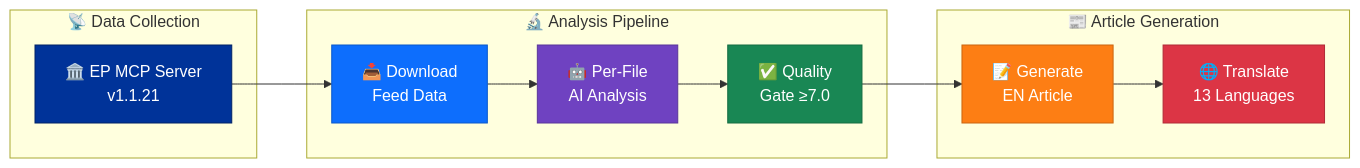
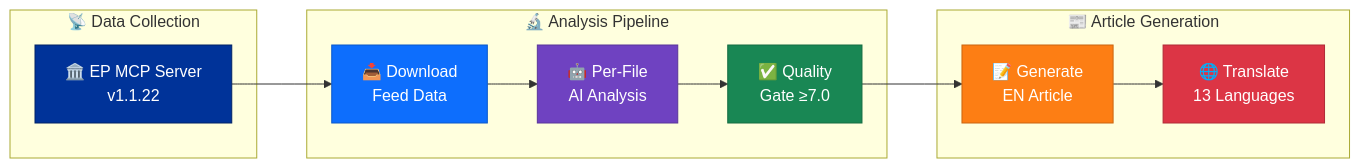
One commit to Hack23/euparliamentmonitor changed the first of 7 diagrams in analysis/README.md. Above: the diagram before and after it, drawn with Mermaid. The commit also changed other lines of this file and 25 other files, not shown here.

First line of the commit message:
chore: update european-parliament-mcp-server 1.1.21→1.1.22 in all workflows, MCP config, docs, and lock files

````diff
--- a/analysis/README.md
+++ b/analysis/README.md
@@ -59,26 +59,26 @@
 ```mermaid
 flowchart LR
     subgraph "📡 Data Collection"
-        EP["🏛️ EP MCP Server\nv1.1.21"]
+        EP["🏛️ EP MCP Server\nv1.1.22"]
     end
 
     subgraph "🔬 Analysis Pipeline"
         DL["📥 Download\nFeed Data"]
         AI["🤖 Per-File\nAI Analysis"]
         QG["✅ Quality\nGate ≥7.0"]
     end
 
     subgraph "📰 Article Generation"
         GEN["📝 Generate\nEN Article"]
         TR["🌐 Translate\n13 Languages"]
     end
 
     EP --> DL --> AI --> QG --> GEN --> TR
 
     style EP fill:#003399,stroke:#002266,color:#fff
     style DL fill:#0d6efd,stroke:#0a58ca,color:#fff
     style AI fill:#6f42c1,stroke:#59359a,color:#fff
     style QG fill:#198754,stroke:#146c43,color:#fff
     style GEN fill:#fd7e14,stroke:#ca6510,color:#fff
     style TR fill:#dc3545,stroke:#b02a37,color:#fff
 ```
````
